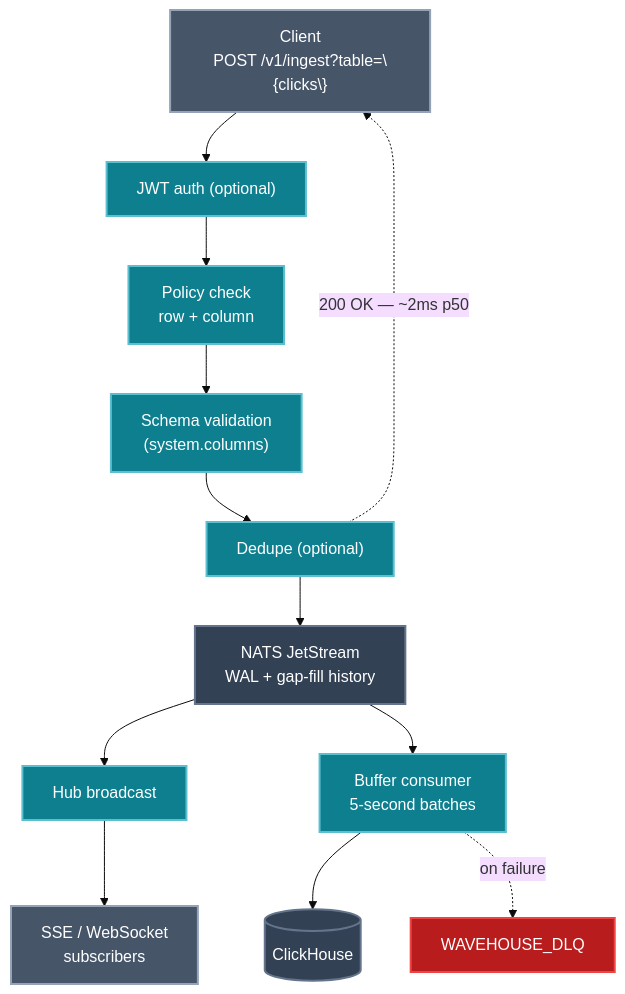
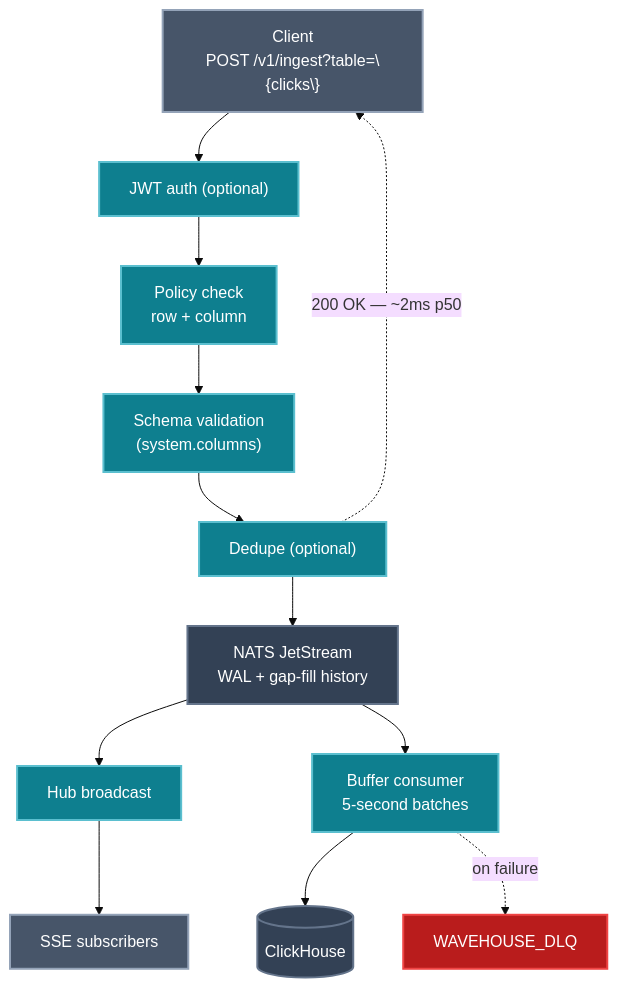
The fifth of 6 diagrams in docs/src/content/docs/why-wavehouse.md (Wave-RF/WaveHouse), drawn with Mermaid (base theme) before and after one commit. The commit also changed other lines of this file and 21 other files, not shown here.

````diff
--- a/docs/src/content/docs/why-wavehouse.md
+++ b/docs/src/content/docs/why-wavehouse.md
@@ -220,22 +220,22 @@
 ```mermaid
 flowchart TB
     classDef client fill:#475569,stroke:#94a3b8,color:#fff,stroke-width:2px
     classDef wh fill:#0e7f8f,stroke:#5bbfcf,color:#fff,stroke-width:2px
     classDef store fill:#334155,stroke:#64748b,color:#fff,stroke-width:2px
     classDef fail fill:#b91c1c,stroke:#ef4444,color:#fff,stroke-width:2px
 
     C["Client<br/>POST /v1/ingest?table=\{clicks\}"]:::client
     C --> AUTH["JWT auth (optional)"]:::wh
     AUTH --> POL["Policy check<br/>row + column"]:::wh
     POL --> VAL["Schema validation<br/>(system.columns)"]:::wh
     VAL --> DD["Dedupe (optional)"]:::wh
     DD --> NATS["NATS JetStream<br/>WAL + gap-fill history"]:::store
     DD -. "200 OK — ~2ms p50" .-> C
 
     NATS --> HUB["Hub broadcast"]:::wh
-    HUB --> RT["SSE / WebSocket<br/>subscribers"]:::client
+    HUB --> RT["SSE subscribers"]:::client
 
     NATS --> BC["Buffer consumer<br/>5-second batches"]:::wh
     BC --> CH[("ClickHouse")]:::store
     BC -. "on failure" .-> DLQ["WAVEHOUSE_DLQ"]:::fail
 ```
````
